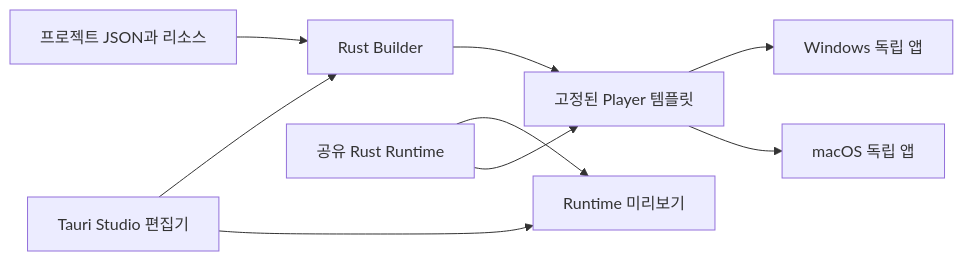
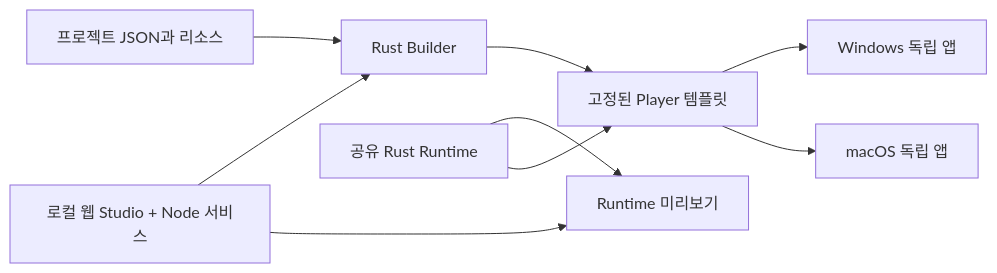
Before and after one commit to bright-k/desktop-buddy-studio: the diagram in docs/architecture.md, drawn with Mermaid. The commit also changed other lines of this file and 316 other files, not shown here.

````diff
--- a/docs/architecture.md
+++ b/docs/architecture.md
@@ -7,11 +7,11 @@
 ```mermaid
 flowchart LR
     Project[프로젝트 JSON과 리소스] --> Builder[Rust Builder]
-    Studio[Tauri Studio 편집기] --> Builder
+    Studio[로컬 웹 Studio + Node 서비스] --> Builder
     Studio --> Preview[Runtime 미리보기]
     Builder --> Template[고정된 Player 템플릿]
     Template --> Win[Windows 독립 앱]
     Template --> Mac[macOS 독립 앱]
     Core[공유 Rust Runtime] --> Preview
     Core --> Template
 ```
````
